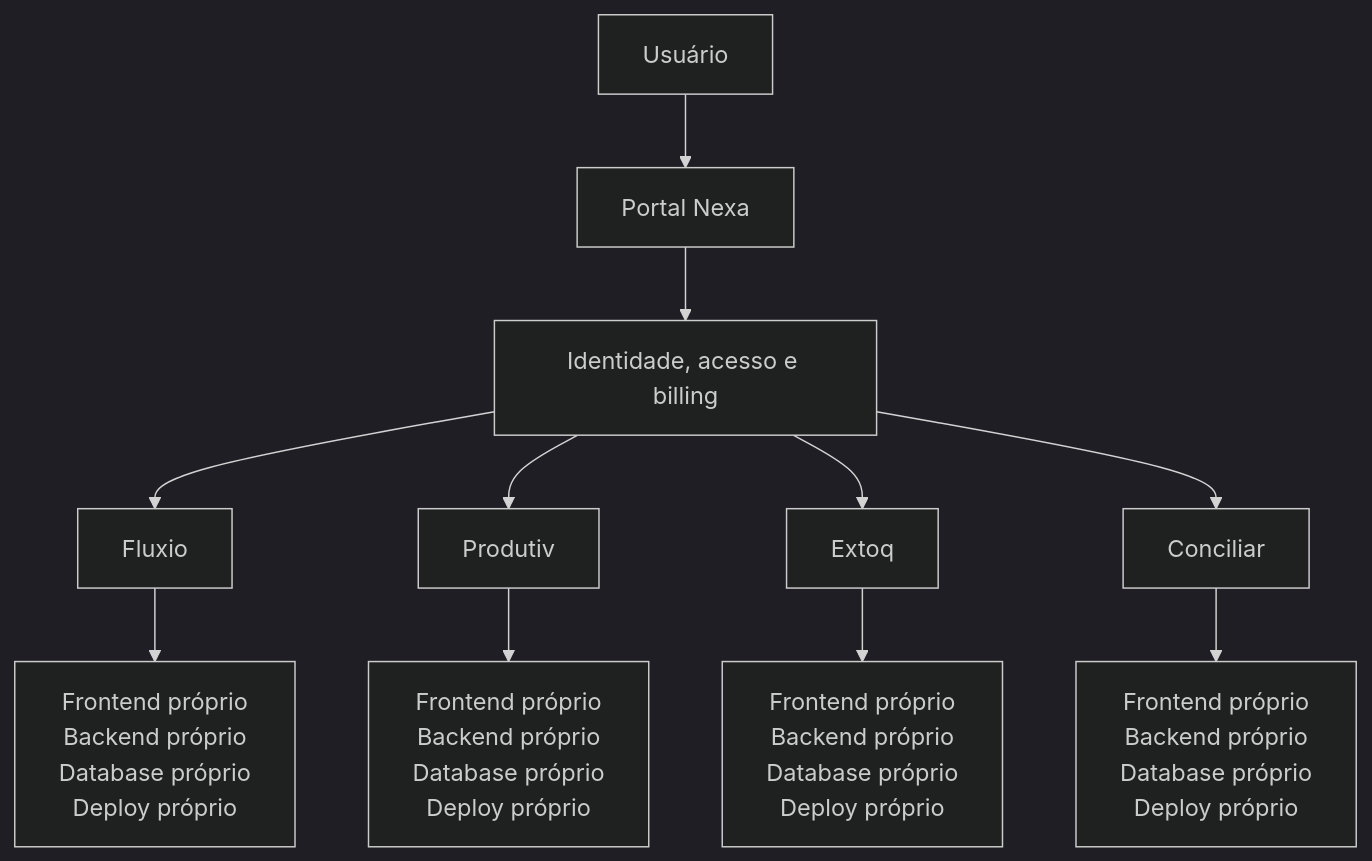
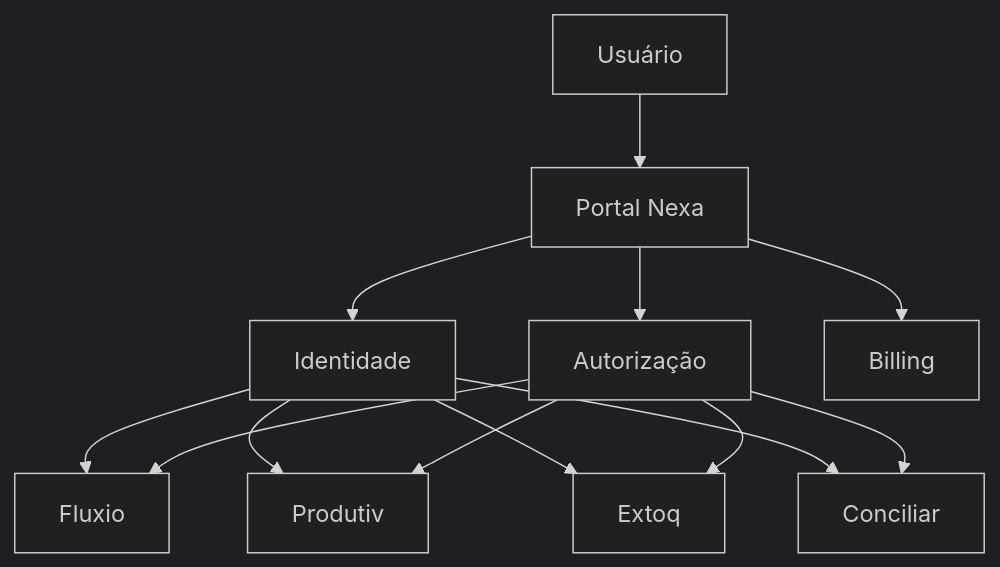
The first of 2 diagrams in README.md (swnexa-dev/Plataforma-SWNEXA), drawn with Mermaid (dark theme) before and after one commit. The commit also changed other lines of this file, not shown here.

````diff
--- a/README.md
+++ b/README.md
@@ -94,13 +153,20 @@
 ```mermaid
 flowchart TD
-    U[Usuário] --> P[Portal Nexa]
-    P --> I[Identidade, acesso e billing]
-    I --> F[Fluxio]
-    I --> PR[Produtiv]
-    I --> E[Extoq]
-    I --> C[Conciliar]
-    F --> FF[Frontend próprio<br/>Backend próprio<br/>Database próprio<br/>Deploy próprio]
-    PR --> PF[Frontend próprio<br/>Backend próprio<br/>Database próprio<br/>Deploy próprio]
-    E --> EF[Frontend próprio<br/>Backend próprio<br/>Database próprio<br/>Deploy próprio]
-    C --> CF[Frontend próprio<br/>Backend próprio<br/>Database próprio<br/>Deploy próprio]
+    U[Usuário]
+
+    U --> P[Portal Nexa]
+
+    P --> ID[Identidade]
+    P --> AU[Autorização]
+    P --> B[Billing]
+
+    ID --> F[Fluxio]
+    ID --> PR[Produtiv]
+    ID --> E[Extoq]
+    ID --> C[Conciliar]
+
+    AU --> F
+    AU --> PR
+    AU --> E
+    AU --> C
 ```
````
